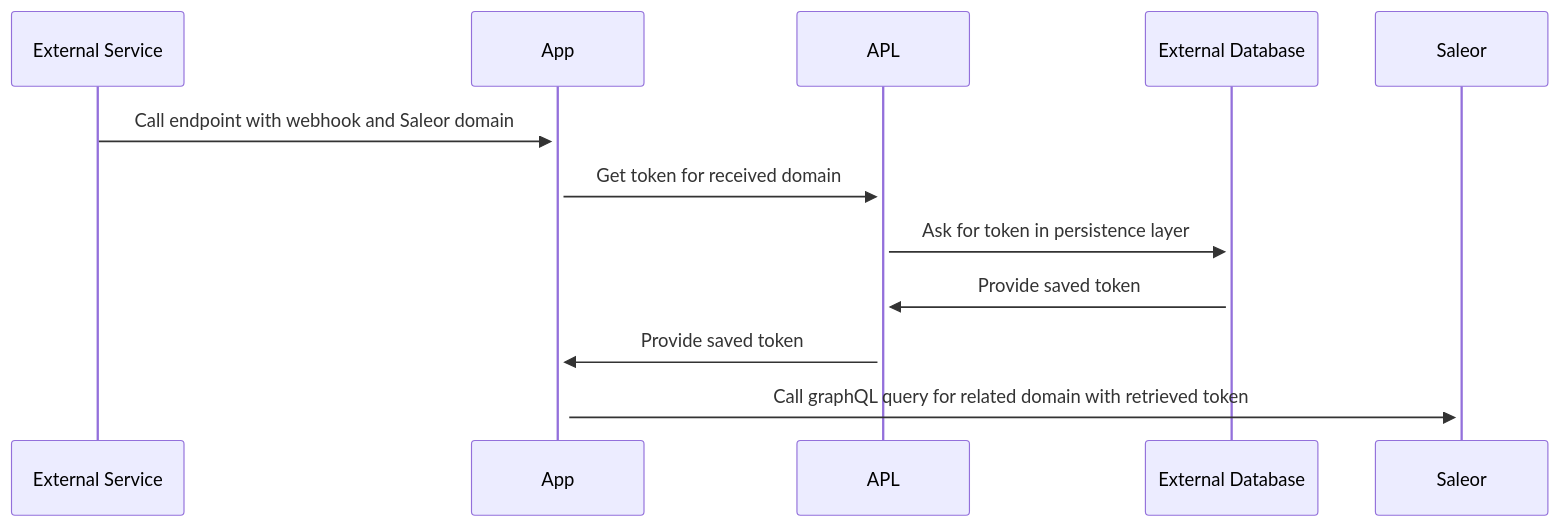
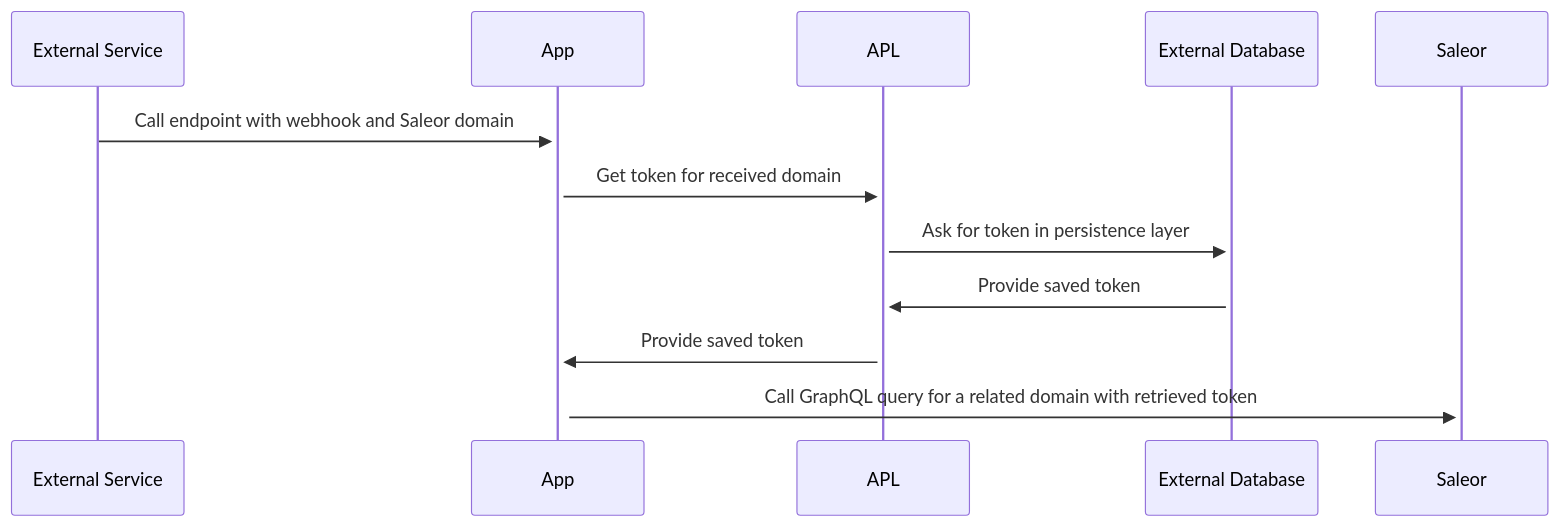
Before and after one commit to saleor/saleor-docs: the second of 2 diagrams in docs/developer/extending/apps/architecture/apl.mdx, drawn with Mermaid.

````diff
--- a/docs/developer/extending/apps/architecture/apl.mdx
+++ b/docs/developer/extending/apps/architecture/apl.mdx
@@ -30,9 +30,9 @@
 ```mermaid
 sequenceDiagram
 External Service->>+App: Call endpoint with webhook and Saleor domain
 App->>+APL: Get token for received domain
 APL->>+External Database: Ask for token in persistence layer
 External Database->>+APL: Provide saved token
 APL->>+App: Provide saved token
-App->>+Saleor: Call graphQL query for related domain with retrieved token
+App->>+Saleor: Call GraphQL query for a related domain with retrieved token
 ```
````
